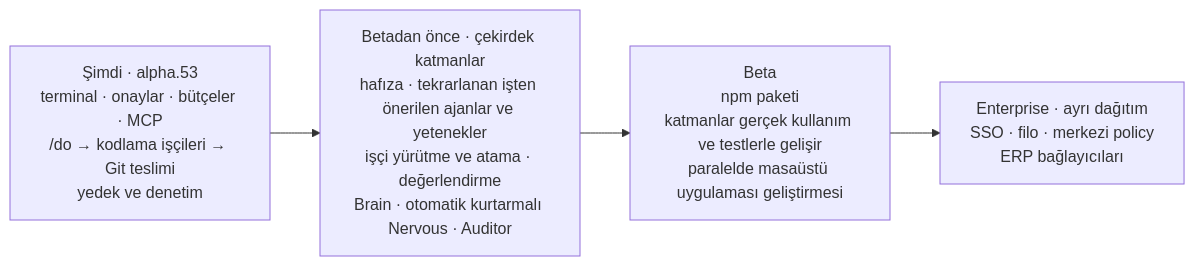
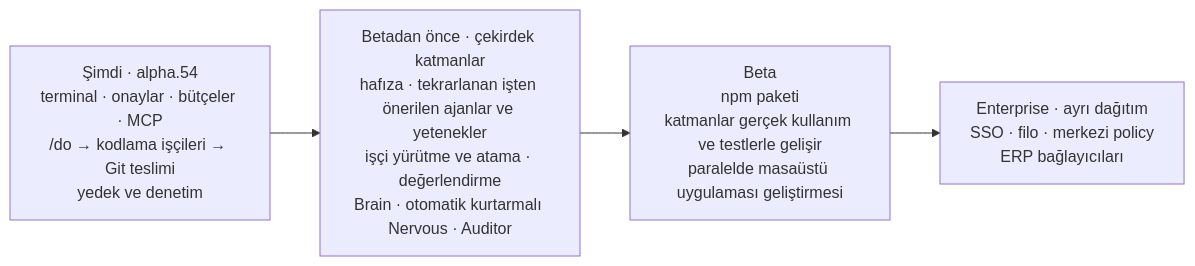
One commit to Verhex/deckent-next changed the sixth of 6 diagrams in README.tr.md. Above: the diagram before and after it, drawn with Mermaid. The commit also changed other lines of this file and 15 other files, not shown here.

````diff
--- a/README.tr.md
+++ b/README.tr.md
@@ -511,6 +516,6 @@
 ```mermaid
 flowchart LR
-  N["Şimdi · alpha.53<br/>terminal · onaylar · bütçeler · MCP<br/>/do → kodlama işçileri → Git teslimi<br/>yedek ve denetim"] --> C["Betadan önce · çekirdek katmanlar<br/>hafıza · tekrarlanan işten önerilen ajanlar ve yetenekler<br/>işçi yürütme ve atama · değerlendirme<br/>Brain · otomatik kurtarmalı Nervous · Auditor"]
+  N["Şimdi · alpha.54<br/>terminal · onaylar · bütçeler · MCP<br/>/do → kodlama işçileri → Git teslimi<br/>yedek ve denetim"] --> C["Betadan önce · çekirdek katmanlar<br/>hafıza · tekrarlanan işten önerilen ajanlar ve yetenekler<br/>işçi yürütme ve atama · değerlendirme<br/>Brain · otomatik kurtarmalı Nervous · Auditor"]
   C --> B["Beta<br/>npm paketi<br/>katmanlar gerçek kullanım ve testlerle gelişir<br/>paralelde masaüstü uygulaması geliştirmesi"]
   B --> E["Enterprise · ayrı dağıtım<br/>SSO · filo · merkezi policy<br/>ERP bağlayıcıları"]
 ```
````
